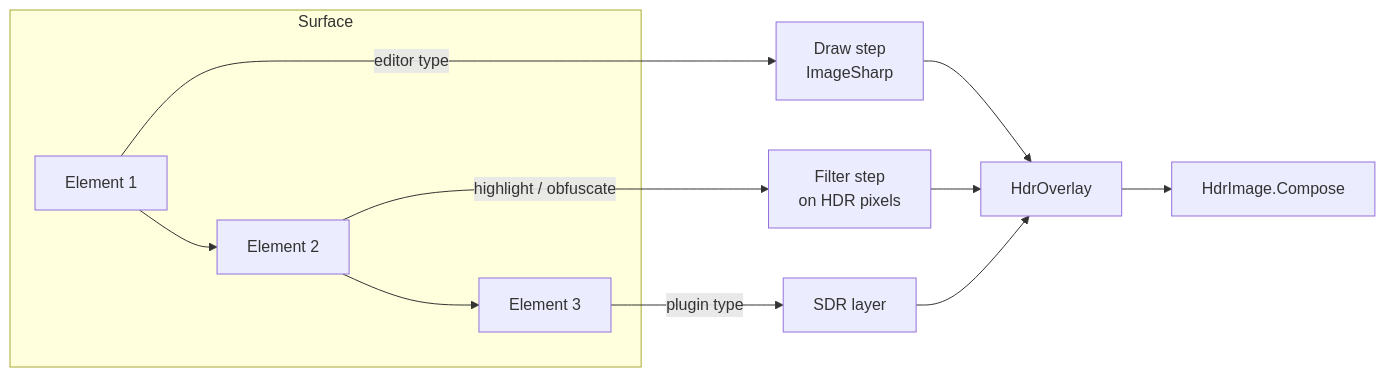
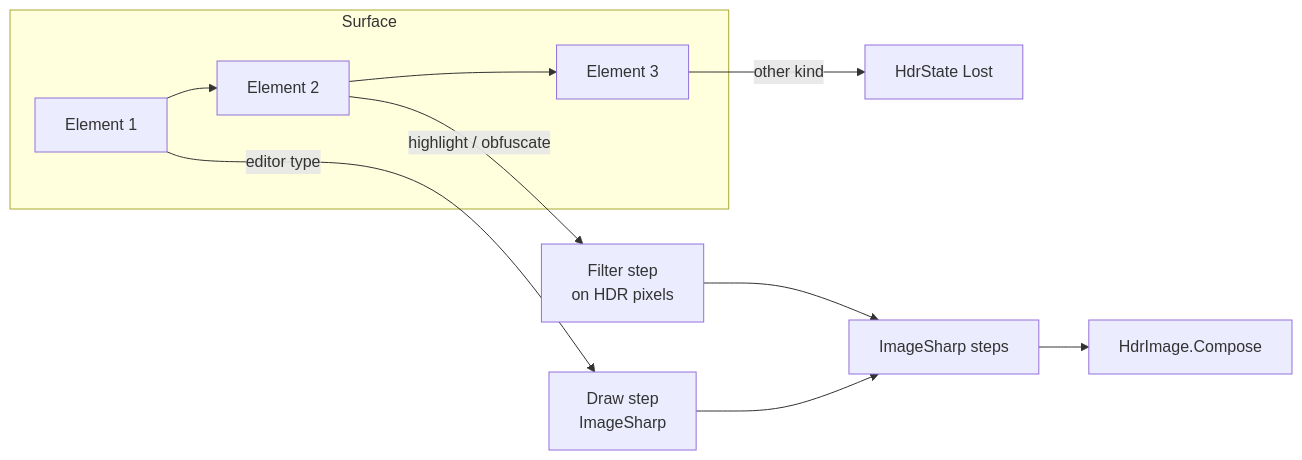
The third of 3 diagrams in docs/vNext/hdr.md (greenshot/greenshot), drawn with Mermaid before and after one commit. The commit also changed other lines of this file and 52 other files, not shown here.

First line of the commit message:
One HDR image of the whole capture, draw applied cut marks and torn edges in HDR (#1688)

````diff
--- a/docs/vNext/hdr.md
+++ b/docs/vNext/hdr.md
@@ -189,13 +216,12 @@
 ```mermaid
 flowchart LR
     subgraph Surface
         E1[Element 1] --> E2[Element 2] --> E3[Element 3]
     end
     E1 -->|editor type| D1[Draw step<br/>ImageSharp]
     E2 -->|highlight / obfuscate| F2[Filter step<br/>on HDR pixels]
-    E3 -->|plugin type| L3[SDR layer]
-    D1 --> O[HdrOverlay]
+    E3 -->|other kind| L3[HdrState Lost]
+    D1 --> O[ImageSharp steps]
     F2 --> O
-    L3 --> O
     O --> C[HdrImage.Compose]
 ```
````
